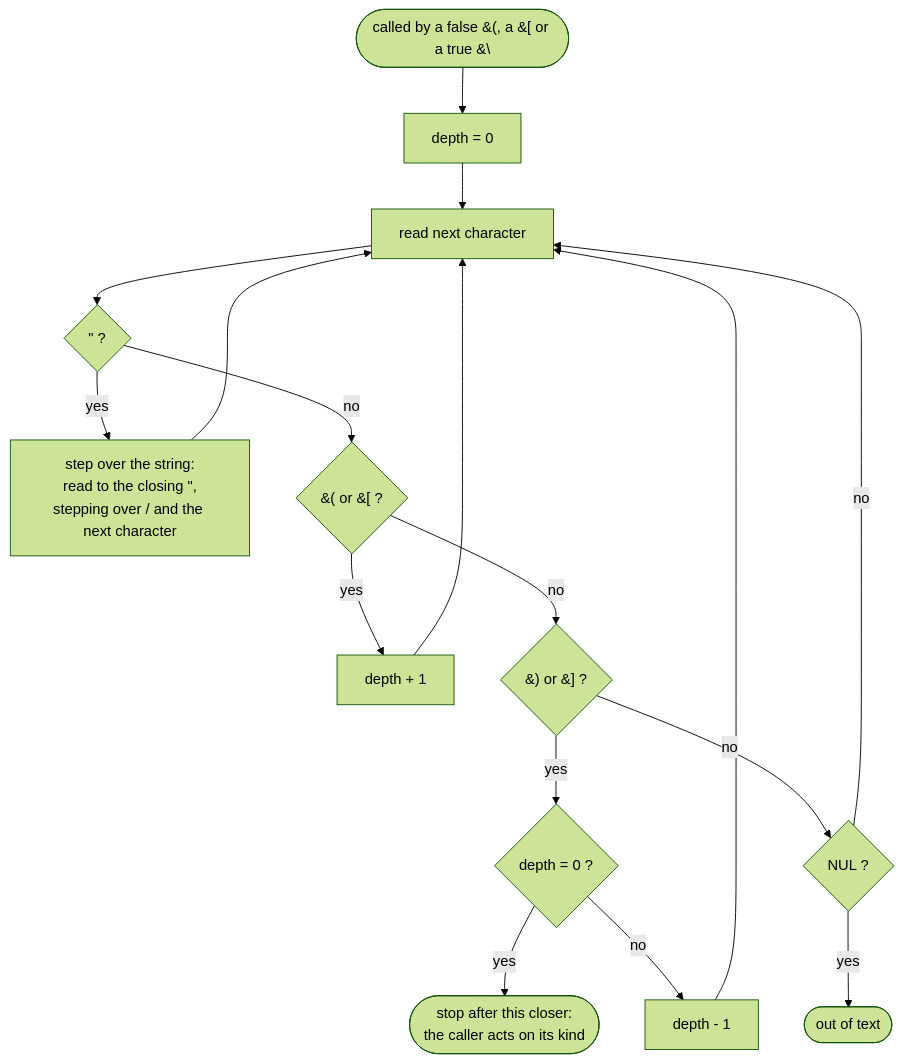
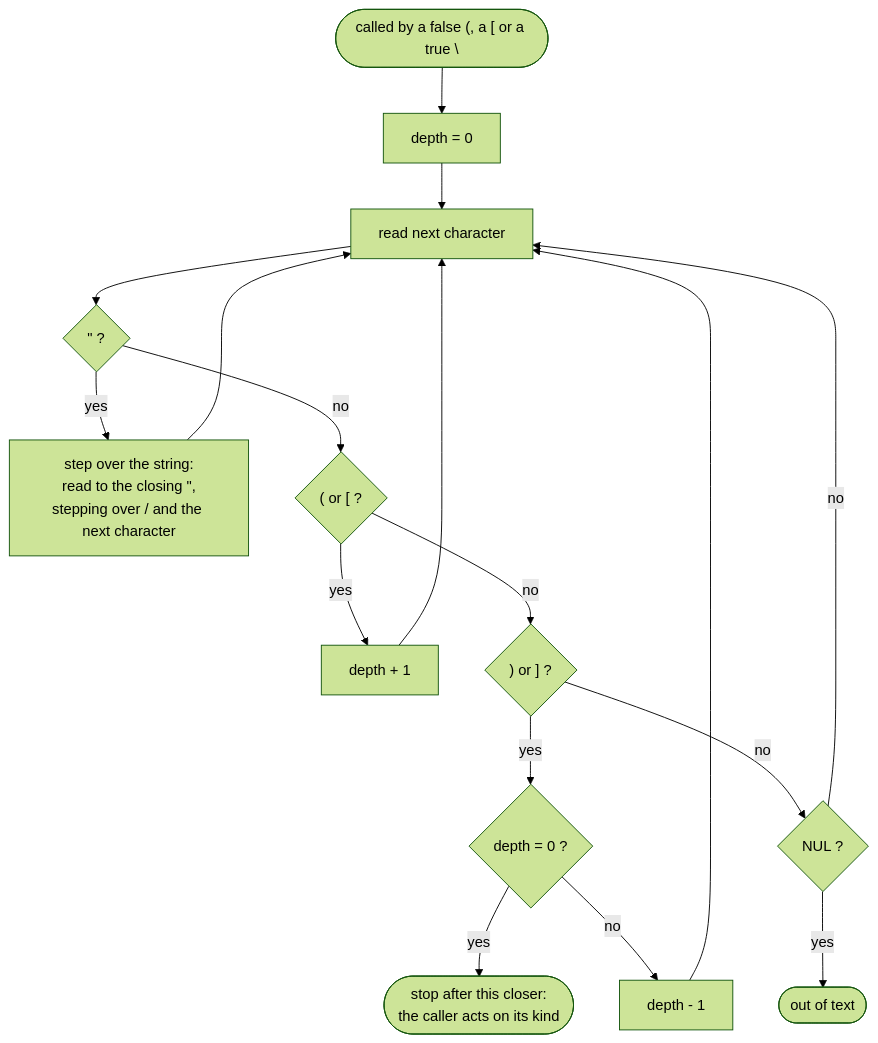
One commit to robbbates/B8Script changed the diagram in docs/b8script.md. Above: the diagram before and after it, drawn with Mermaid (forest theme).

Commit message:
Spec: fix the skipper flowchart for GitHub's Mermaid
GitHub decodes HTML entities before Mermaid sees them, so the brackets in
unquoted labels broke the parse. All labels are now quoted, with #quot; for
the double quote.

Claude-Session: https://claude.ai/code/session_0117vfebL3wU6xvycf58vcBE

````diff
--- a/docs/b8script.md
+++ b/docs/b8script.md
@@ -200,16 +200,16 @@
 ```mermaid
 flowchart TD
-    S([called by a false &#40;, a &#91; or a true &#92;]) --> D0[depth = 0]
-    D0 --> R[read next character]
-    R --> Q{"&quot; ?"}
-    Q -- yes --> STR[step over the string:<br>read to the closing &quot;,<br>stepping over / and the next character] --> R
-    Q -- no --> O{"&#40; or &#91; ?"}
-    O -- yes --> INC[depth + 1] --> R
-    O -- no --> C{"&#41; or &#93; ?"}
-    C -- yes --> Z{depth = 0 ?}
-    Z -- yes --> STOP([stop after this closer:<br>the caller acts on its kind])
-    Z -- no --> DEC[depth - 1] --> R
-    C -- no --> N{NUL ?}
-    N -- yes --> EOT([out of text])
+    S(["called by a false (, a [ or a true \"]) --> D0["depth = 0"]
+    D0 --> R["read next character"]
+    R --> Q{"#quot; ?"}
+    Q -- yes --> STR["step over the string:<br>read to the closing #quot;,<br>stepping over / and the next character"] --> R
+    Q -- no --> O{"( or [ ?"}
+    O -- yes --> INC["depth + 1"] --> R
+    O -- no --> C{") or ] ?"}
+    C -- yes --> Z{"depth = 0 ?"}
+    Z -- yes --> STOP(["stop after this closer:<br>the caller acts on its kind"])
+    Z -- no --> DEC["depth - 1"] --> R
+    C -- no --> N{"NUL ?"}
+    N -- yes --> EOT(["out of text"])
     N -- no --> R
 ```
````
